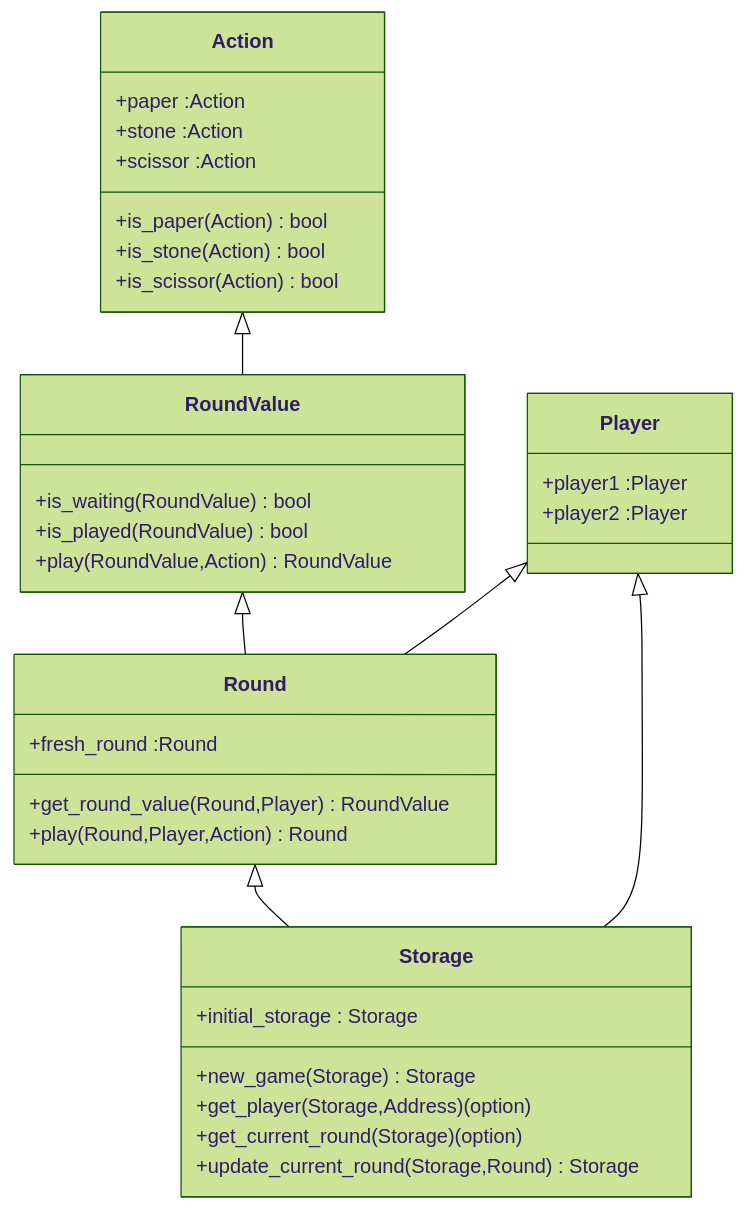
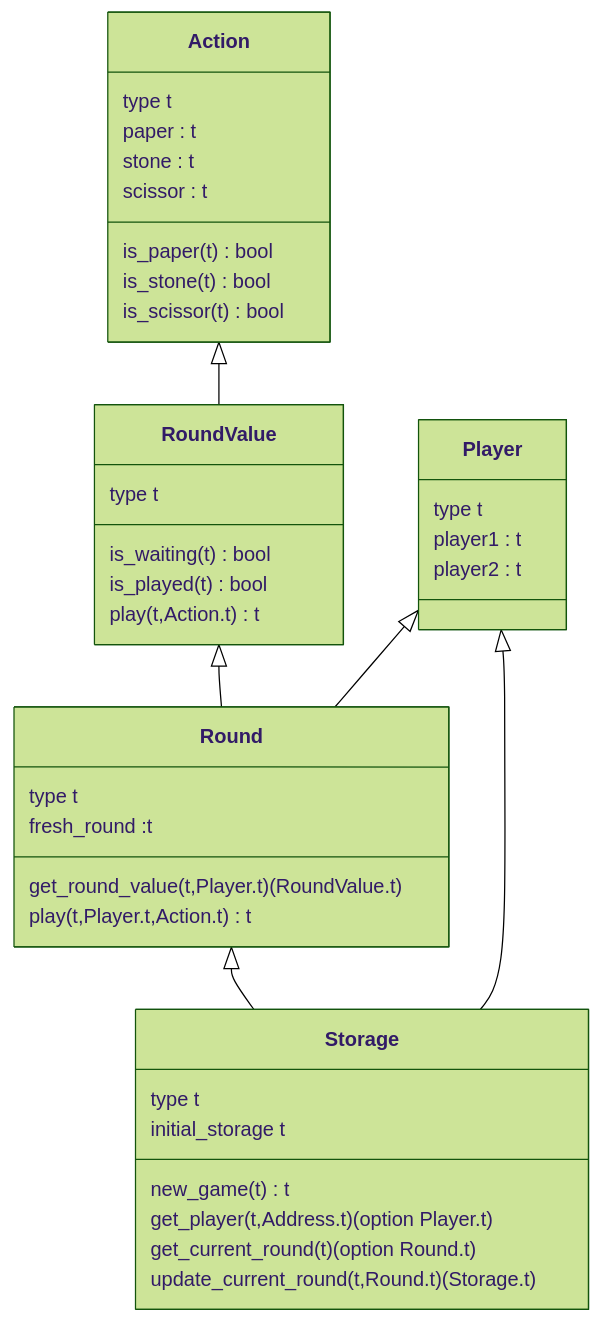
One commit to ligolang/jsligo-training-dapp-shifumi changed the sixth of 6 diagrams in v1/README.md. Above: the diagram before and after it, drawn with Mermaid (forest theme). The commit also changed 2 other files, not shown here.

Commit message:
Documentation

````diff
--- a/v1/README.md
+++ b/v1/README.md
@@ -79,42 +79,47 @@
 ```mermaid
 classDiagram
     Action <|-- RoundValue
     RoundValue <|-- Round
     Round <|-- Storage
     Player <|-- Round
     Player <|-- Storage
 
     class Action{
-        +paper :Action
-        +stone :Action
-        +scissor :Action
-        +is_paper(Action) bool
-        +is_stone(Action) bool
-        +is_scissor(Action) bool
+         type t
+         paper : t
+         stone : t
+         scissor : t
+         is_paper(t) bool
+         is_stone(t) bool
+         is_scissor(t) bool
     }
             
     class Player{
-        +player1 :Player 
-        +player2 :Player
+         type t
+         player1 : t
+         player2 : t
     }
 
     class RoundValue{
-        +is_waiting(RoundValue) bool
-        +is_played(RoundValue) bool
-        +play(RoundValue,Action) RoundValue
+         type t
+         is_waiting(t) bool
+         is_played(t) bool
+         play(t,Action.t) t
     }
 
     class Round{
-        +fresh_round :Round
-        +get_round_value(Round,Player) RoundValue
-        +play(Round,Player,Action) Round
+         type t
+         fresh_round :t
+         get_round_value(t,Player.t) (RoundValue.t)
+         play(t,Player.t,Action.t) t
     }
 
     class Storage{
-        +initial_storage : Storage
-        +new_game(Storage) Storage
-        +get_player(Storage,Address) (option<Player>)
-        +get_current_round(Storage) (option<Round>)
-        +update_current_round(Storage,Round) Storage
+         type t
+         initial_storage t
+         new_game(t) t
+         get_player(t,Address.t) (option Player.t)
+         get_current_round(t) (option Round.t)
+         update_current_round(t,Round.t) (Storage.t)
     }
 ```
````
